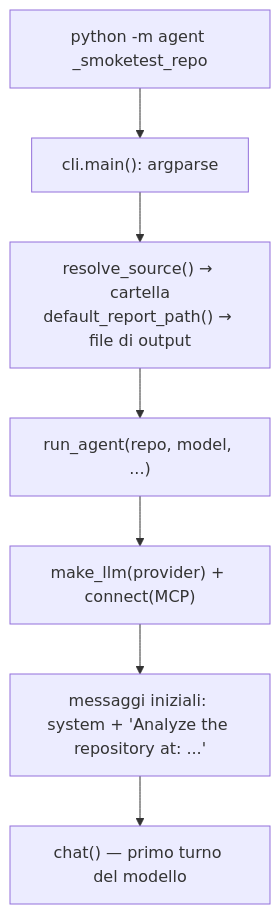
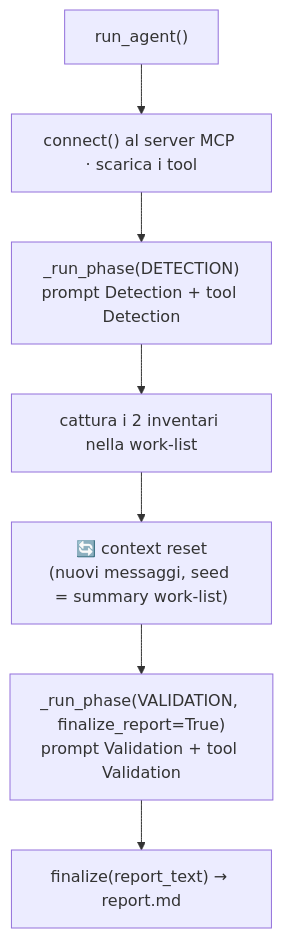
One commit to iris-cmd22/Sibyl changed the sixth of 11 diagrams in documentazione/agent.md. Above: the diagram before and after it, drawn with Mermaid. The commit also changed other lines of this file and 35 other files, not shown here.

````diff
--- a/documentazione/agent.md
+++ b/documentazione/agent.md
@@ -402,9 +260,9 @@
 ```mermaid
 flowchart TB
-    IN["python -m agent _smoketest_repo"] --> P1["cli.main(): argparse"]
-    P1 --> P2["resolve_source() → cartella<br/>default_report_path() → file di output"]
-    P2 --> P3["run_agent(repo, model, ...)"]
-    P3 --> P4["make_llm(provider) + connect(MCP)"]
-    P4 --> P5["messaggi iniziali: system + 'Analyze the repository at: ...'"]
-    P5 --> P6["chat() — primo turno del modello"]
+    START["run_agent()"] --> CONN["connect() al server MCP · scarica i tool"]
+    CONN --> P1["_run_phase(DETECTION)<br/>prompt Detection + tool Detection"]
+    P1 --> CAP1["cattura i 2 inventari nella work-list"]
+    CAP1 --> RESET["🔄 context reset<br/>(nuovi messaggi, seed = summary work-list)"]
+    RESET --> P2["_run_phase(VALIDATION, finalize_report=True)<br/>prompt Validation + tool Validation"]
+    P2 --> FIN["finalize(report_text) → report.md"]
 ```
````
